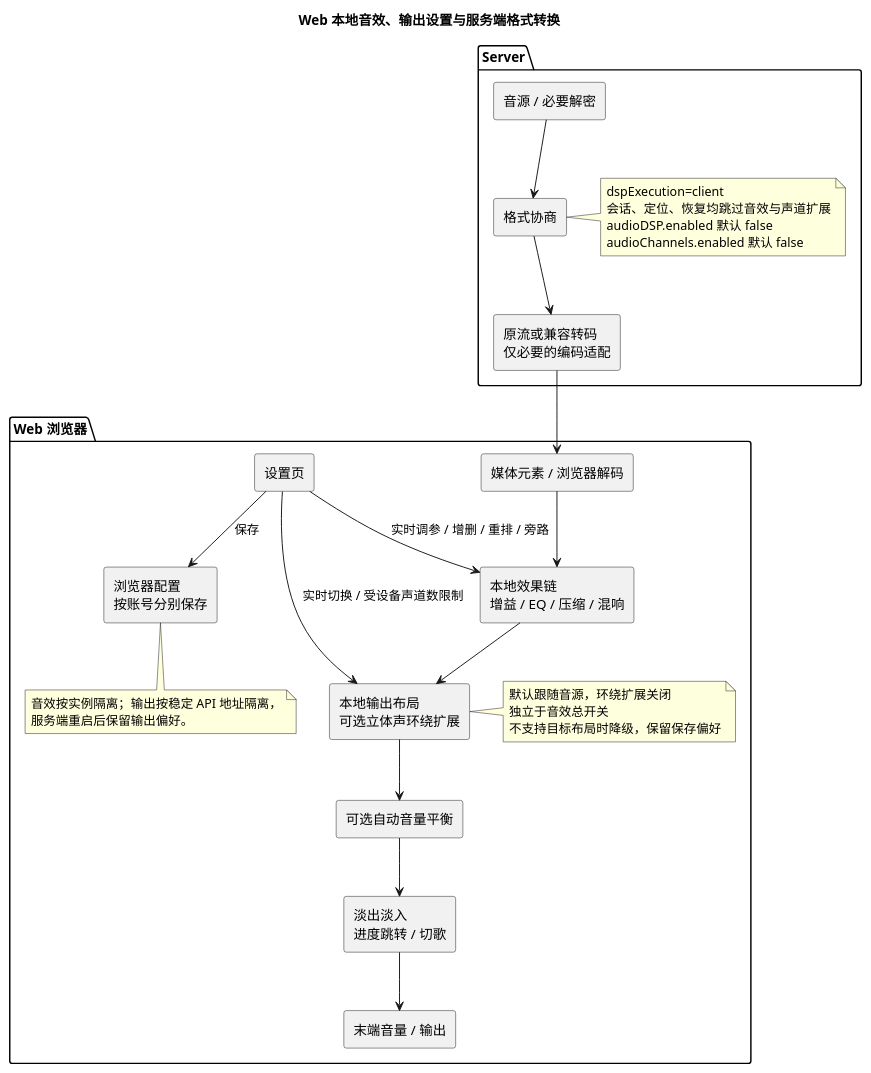
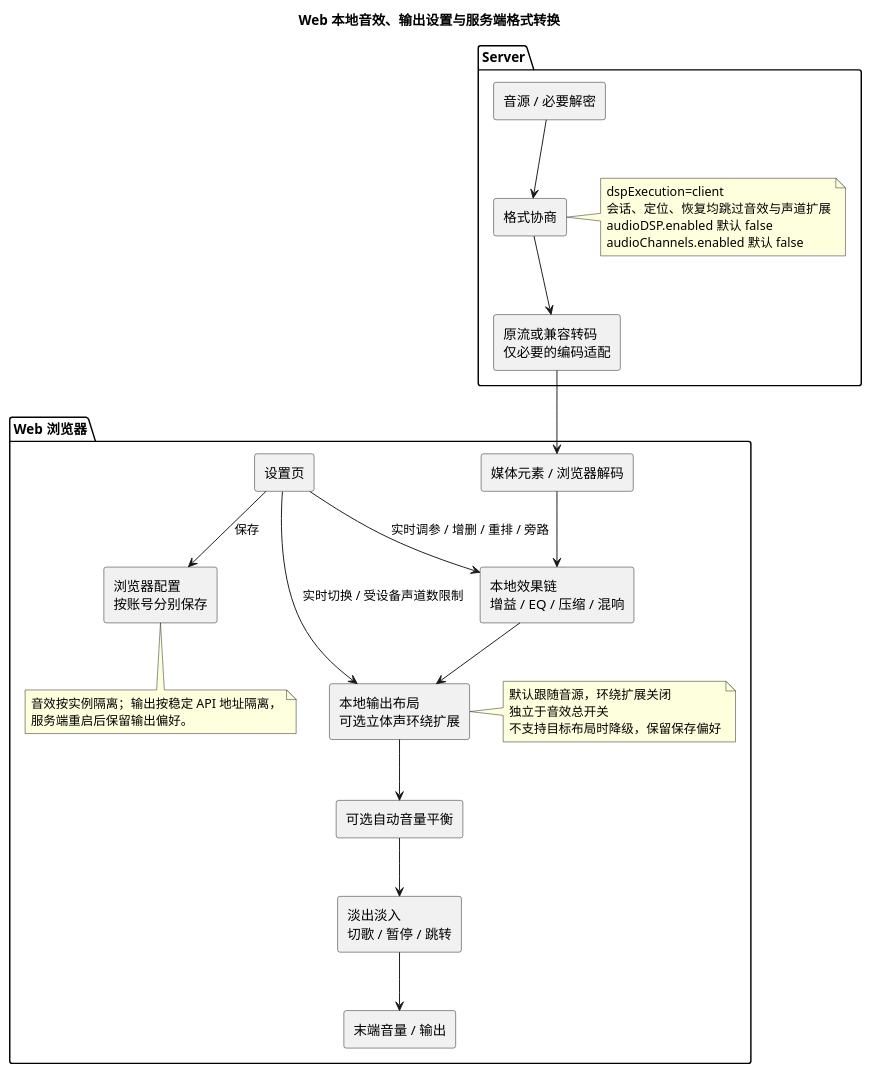
One commit to fnMrRice/MusicFS changed the diagram in docs/diagrams/web-local-dsp.puml. Above: the diagram before and after it, drawn with PlantUML. The commit also changed 1 other file, not shown here.

```diff
--- a/docs/diagrams/web-local-dsp.puml
+++ b/docs/diagrams/web-local-dsp.puml
@@ -1,34 +1,34 @@
 @startuml
 title Web 本地音效、输出设置与服务端格式转换
 skinparam componentStyle rectangle
 package "Server" {
   [音源 / 必要解密] --> [格式协商]
   [格式协商] --> [原流或兼容转码\n仅必要的编码适配]
   note right of [格式协商]
     dspExecution=client
     会话、定位、恢复均跳过音效与声道扩展
     audioDSP.enabled 默认 false
     audioChannels.enabled 默认 false
   end note
 }
 package "Web 浏览器" {
   [原流或兼容转码\n仅必要的编码适配] --> [媒体元素 / 浏览器解码]
   [媒体元素 / 浏览器解码] --> [本地效果链\n增益 / EQ / 压缩 / 混响]
   [本地效果链\n增益 / EQ / 压缩 / 混响] --> [本地输出布局\n可选立体声环绕扩展]
   [本地输出布局\n可选立体声环绕扩展] --> [可选自动音量平衡]
-  [可选自动音量平衡] --> [淡出淡入\n进度跳转 / 切歌]
-  [淡出淡入\n进度跳转 / 切歌] --> [末端音量 / 输出]
+  [可选自动音量平衡] --> [淡出淡入\n切歌 / 暂停 / 跳转]
+  [淡出淡入\n切歌 / 暂停 / 跳转] --> [末端音量 / 输出]
   [设置页] --> [本地效果链\n增益 / EQ / 压缩 / 混响] : 实时调参 / 增删 / 重排 / 旁路
   [设置页] --> [本地输出布局\n可选立体声环绕扩展] : 实时切换 / 受设备声道数限制
   [设置页] --> [浏览器配置\n按账号分别保存] : 保存
   note bottom of [浏览器配置\n按账号分别保存]
     音效按实例隔离；输出按稳定 API 地址隔离，
     服务端重启后保留输出偏好。
   end note
   note right of [本地输出布局\n可选立体声环绕扩展]
     默认跟随音源，环绕扩展关闭
     独立于音效总开关
     不支持目标布局时降级，保留保存偏好
   end note
 }
 @enduml
```
